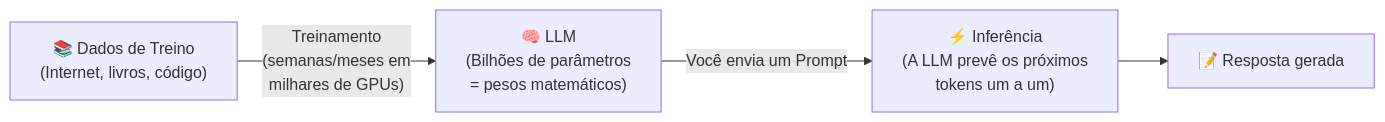
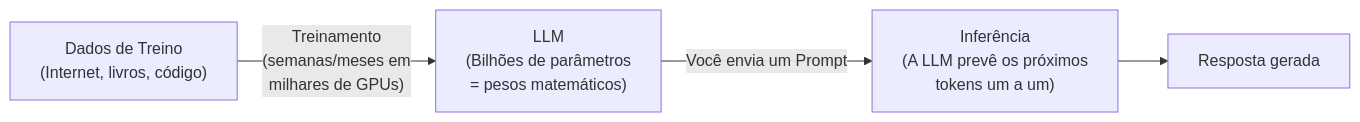
One commit to RodolfoGama0101/estudo-sobre-ia changed the second of 7 diagrams in pesquisa/resultados_pesquisa_ia_2026.md. Above: the diagram before and after it, drawn with Mermaid. The commit also changed other lines of this file and 6 other files, not shown here.

````diff
--- a/pesquisa/resultados_pesquisa_ia_2026.md
+++ b/pesquisa/resultados_pesquisa_ia_2026.md
@@ -64,6 +64,6 @@
 ```mermaid
 graph LR
-    A["📚 Dados de Treino\n(Internet, livros, código)"] -->|"Treinamento\n(semanas/meses em\nmilhares de GPUs)"| B["🧠 LLM\n(Bilhões de parâmetros\n= pesos matemáticos)"]
-    B -->|"Você envia um Prompt"| C["⚡ Inferência\n(A LLM prevê os próximos\ntokens um a um)"]
-    C --> D["📝 Resposta gerada"]
+A[" Dados de Treino\n(Internet, livros, código)"] -->|"Treinamento\n(semanas/meses em\nmilhares de GPUs)"| B[" LLM\n(Bilhões de parâmetros\n= pesos matemáticos)"]
+B -->|"Você envia um Prompt"| C[" Inferência\n(A LLM prevê os próximos\ntokens um a um)"]
+C --> D[" Resposta gerada"]
 ```
````
